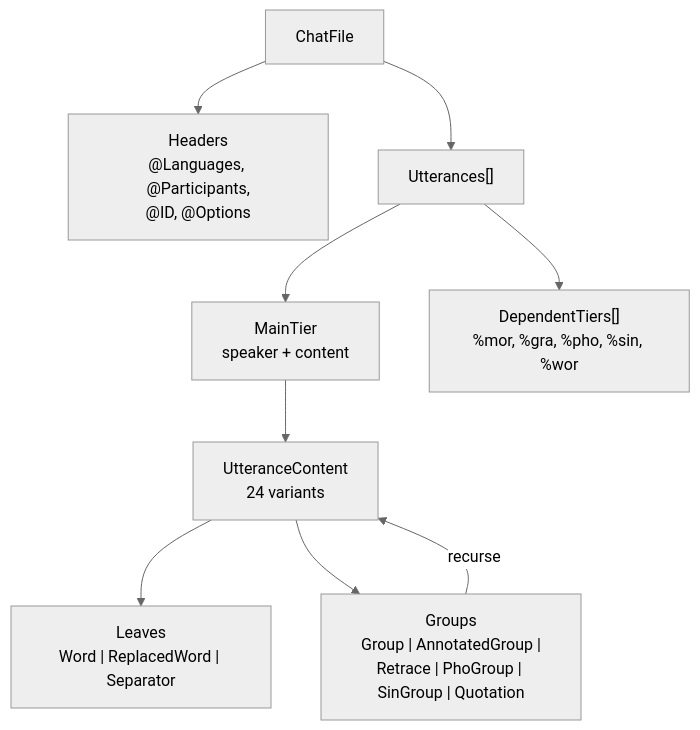
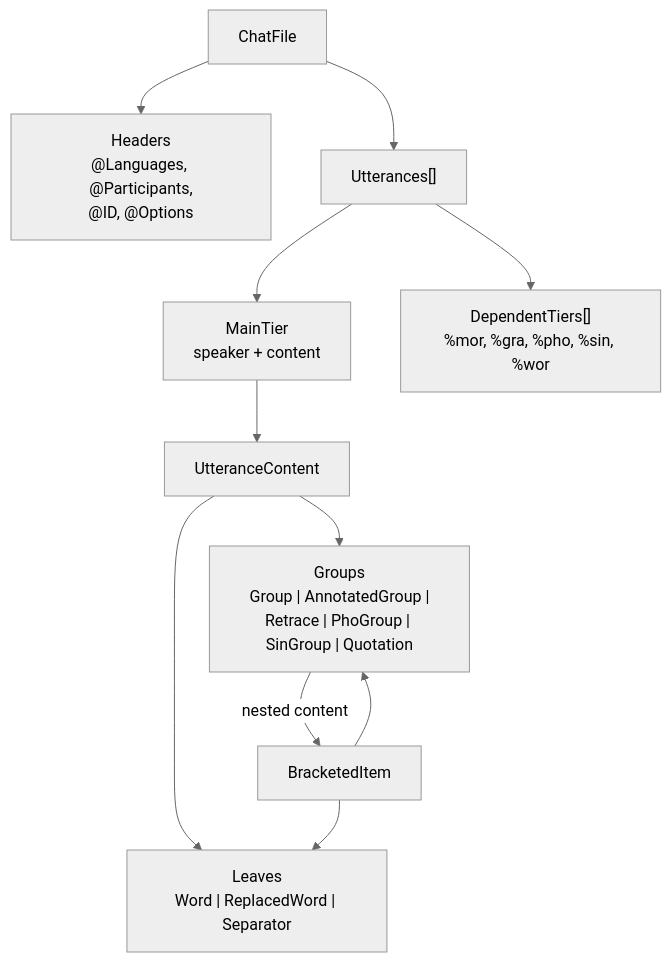
One commit to TalkBank/chatter changed the second of 2 diagrams in book/src/architecture/parsing.md. Above: the diagram before and after it, drawn with Mermaid (neutral theme). The commit also changed other lines of this file and 950 other files, not shown here.

````diff
--- a/book/src/architecture/parsing.md
+++ b/book/src/architecture/parsing.md
@@ -1420,17 +1530,19 @@
 ```mermaid
 flowchart TD
     cf["ChatFile"]
     hdr["Headers\n@Languages, @Participants,\n@ID, @Options"]
     utts["Utterances[]"]
     mt["MainTier\nspeaker + content"]
     dt["DependentTiers[]\n%mor, %gra, %pho, %sin, %wor"]
-    uc["UtteranceContent\n24 variants"]
+    uc["UtteranceContent"]
+    bi["BracketedItem"]
     leaf["Leaves\nWord | ReplacedWord | Separator"]
     group["Groups\nGroup | AnnotatedGroup |\nRetrace | PhoGroup | SinGroup | Quotation"]
 
     cf --> hdr & utts
     utts --> mt & dt
     mt --> uc
     uc --> leaf & group
-    group -->|recurse| uc
+    group -->|nested content| bi
+    bi --> leaf & group
 ```
````
